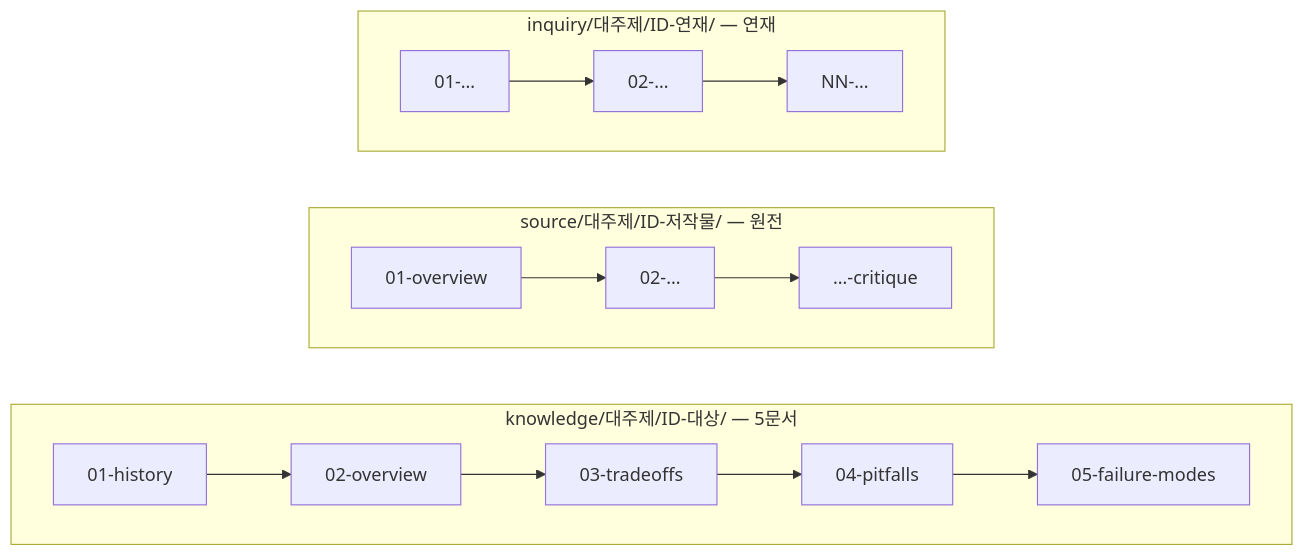
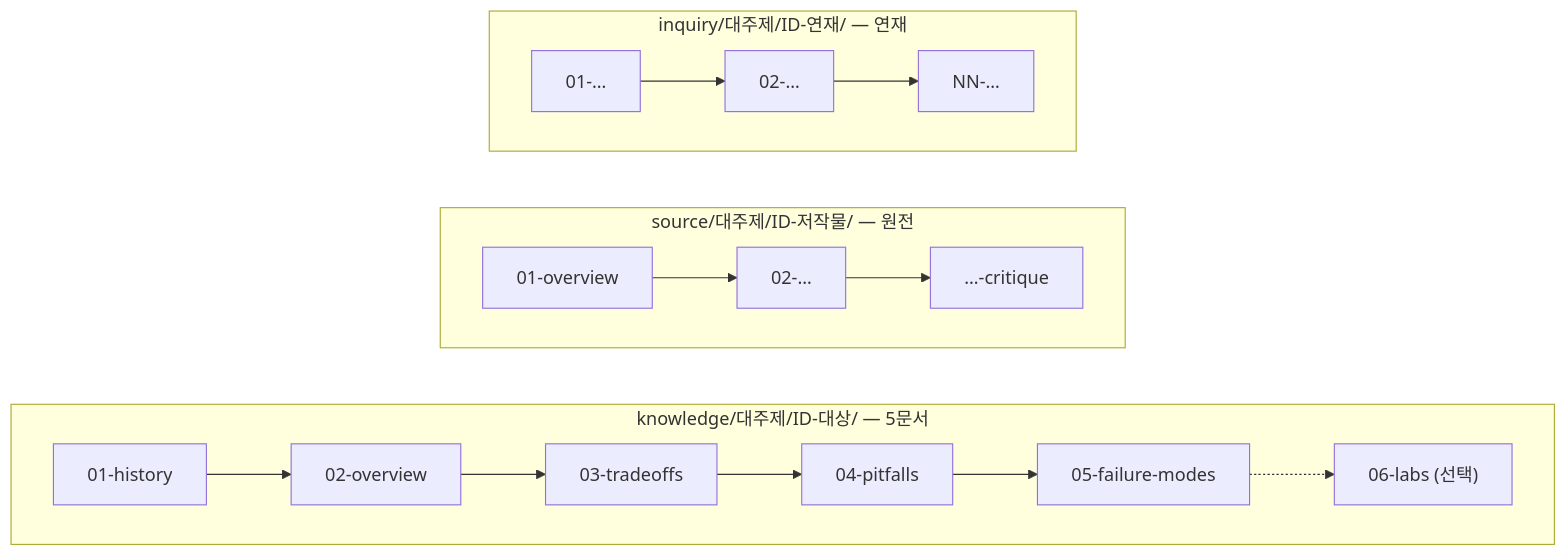
Before and after one commit to gunhaa/QnA: the third of 3 diagrams in ARCHITECTURE.md, drawn with Mermaid. The commit also changed other lines of this file and 1 other file, not shown here.

First line of the commit message:
docs: knowledge 세트에 선택 문서 06-labs 규칙 추가

````diff
--- a/ARCHITECTURE.md
+++ b/ARCHITECTURE.md
@@ -110,15 +110,15 @@
 ```mermaid
 flowchart LR
     subgraph k5["knowledge/대주제/ID-대상/ — 5문서"]
         direction LR
-        h["01-history"] --> o["02-overview"] --> t["03-tradeoffs"] --> p["04-pitfalls"] --> fl["05-failure-modes"]
+        h["01-history"] --> o["02-overview"] --> t["03-tradeoffs"] --> p["04-pitfalls"] --> fl["05-failure-modes"] -.-> lb["06-labs (선택)"]
     end
     subgraph src["source/대주제/ID-저작물/ — 원전"]
         direction LR
         s1["01-overview"] --> s2["02-…"] --> sn["…-critique"]
     end
     subgraph ser["inquiry/대주제/ID-연재/ — 연재"]
         direction LR
         r1["01-…"] --> r2["02-…"] --> rn["NN-…"]
     end
 ```
````
